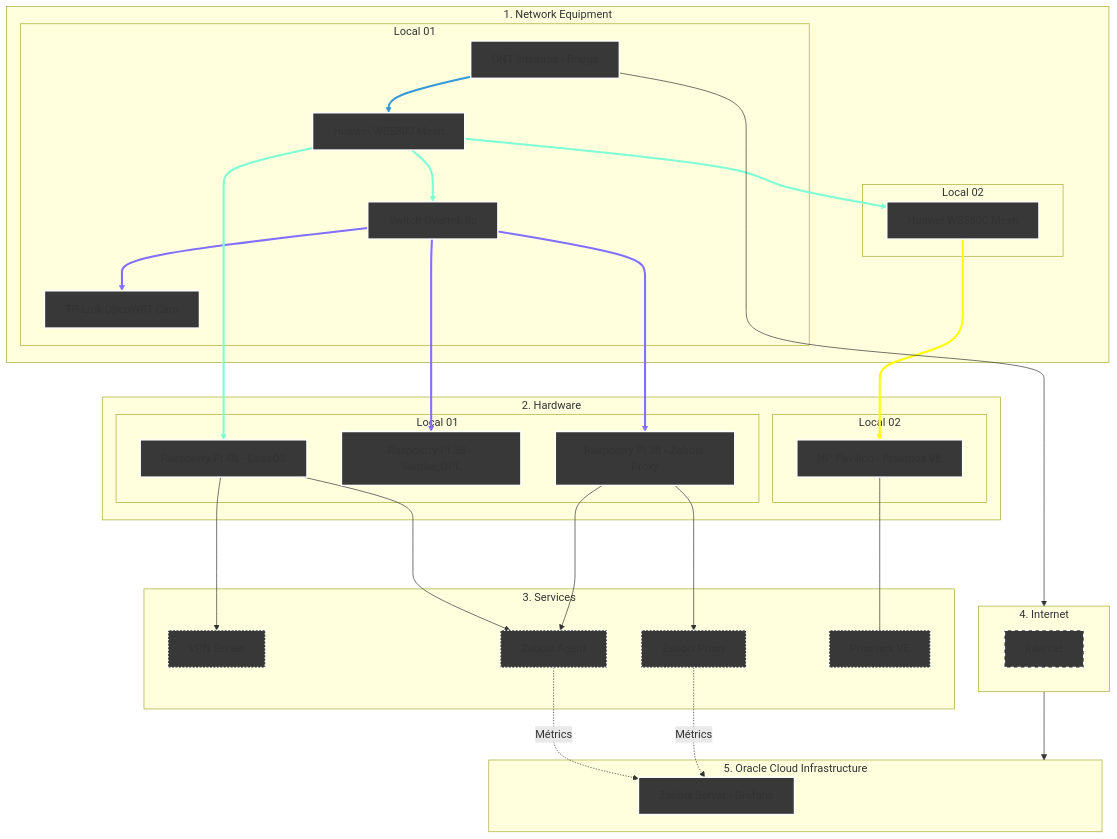
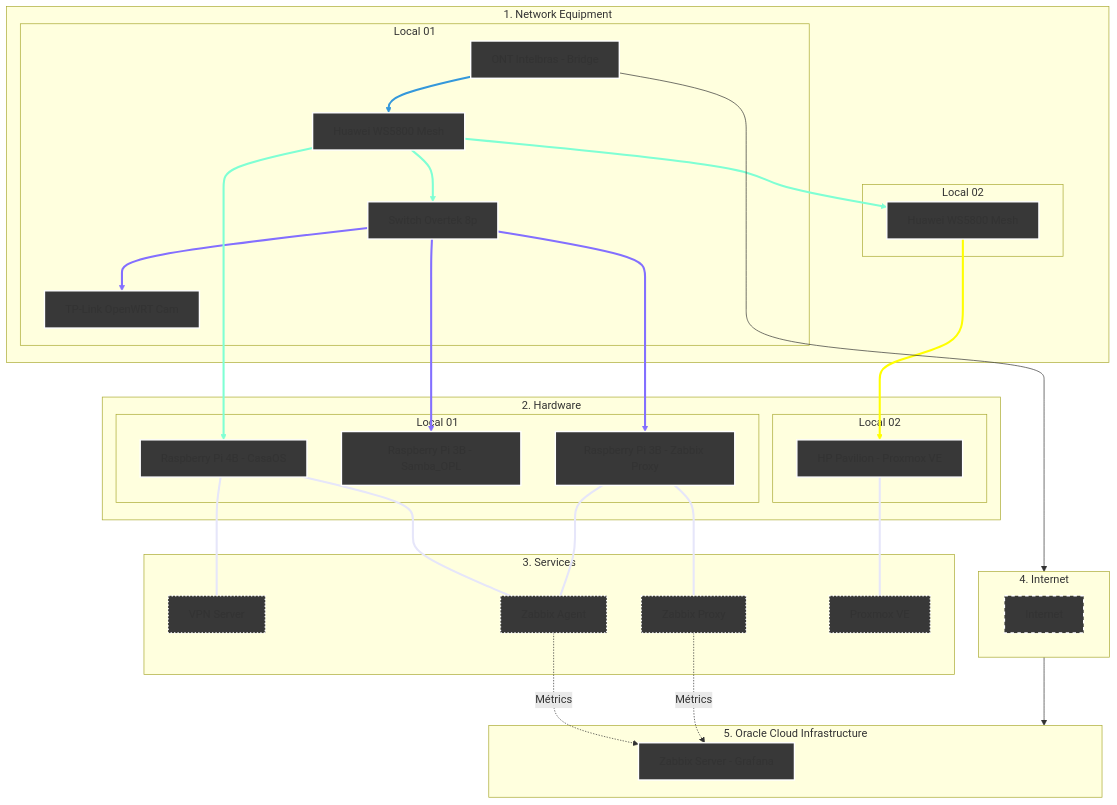
The diagram in Infraestructure/README.md (kevindexter22/Dr-Hardware-Autonet), drawn with Mermaid before and after one commit.

````diff
--- a/Infraestructure/README.md
+++ b/Infraestructure/README.md
@@ -13,68 +13,69 @@
 ```mermaid
 graph TD
     %% Styles
     classDef network fill:#383838,stroke:#FFFFFF,stroke-width:2px;
     classDef hardware fill:#383838,stroke:#FFFFFF,stroke-width:2px;
     classDef internet fill:#383838,stroke:#FFFFFF,stroke-width:2px,stroke-dasharray: 5 5;
     classDef services fill:#383838,stroke:#FFFFFF,stroke-width:2px, stroke-dasharray: 2 3;
     classDef oci fill:#383838,stroke:#FFFFFF,stroke-width:2px;
 
     %% 1. NETWORK EQUIPMENT
     subgraph Principal["1. Network Equipment"]
     subgraph S1 [Local 01]
         ONT[ONT Intelbras - Bridge]:::network --> R_Mesh1[Huawei WS5800 Mesh]:::network
         R_Mesh1 --> SW1[Switch Overtek 8p]:::network
         SW1 --> R_Cams[TP-Link OpenWRT Cam]:::network    
     end
     subgraph S2 [Local 02]
         R_Mesh1 --> R_Mesh2[Huawei WS5800 Mesh]:::network
     end
     end
     
     %% 2. HARDWARE
     subgraph Principal02["2. Hardware"]
     subgraph S3 [Local 01]
         R_Mesh1 ---> RPi4B[Raspberry Pi 4B - CasaOS]:::hardware
         SW1 ---> RPi3B_1[Raspberry Pi 3B - Samba_OPL]:::hardware
         SW1 ---> RPi3B_2[Raspberry Pi 3B - Zabbix Proxy]:::hardware
     end
     subgraph S4 [Local 02]
         R_Mesh2 ---> HP[HP Pavilion - Proxmox VE]:::hardware
     end
     end
 
     %% 3. SERVICES     
     subgraph S5 [3. Services];
-        RPi4B ---> VPN[VPN Server]:::services
-        RPi4B ---> ZA[Zabbix Agent]:::services
-        RPi3B_2 ---> ZA[Zabbix Agent]:::services
-        RPi3B_2 ---> ZP[Zabbix Proxy]:::services
+        RPi4B --- VPN[VPN Server]:::services
+        RPi4B --- ZA[Zabbix Agent]:::services
+        RPi3B_2 --- ZA[Zabbix Agent]:::services
+        RPi3B_2 --- ZP[Zabbix Proxy]:::services
         HP --- PVE[Proxmox VE]:::services        
     end
 
     %% 4. Internet (The Bridge)
     subgraph S6 [4. Internet]
            internet[Internet]:::internet
     end
 
     %% 5. Oracle Cloud Infrastructure
     subgraph S7 [5. Oracle Cloud Infrastructure]
         ZS[Zabbix Server - Grafana]:::oci
     end
 
     %% Conections of data flow
     ONT --> S6
     S6 --> S7
     
     %% Logical conections
     ZA -.-> |Métrics| ZS
     ZP -.-> |Métrics| ZS 
 
     %% --- Set collor on conections ---
     
     linkStyle 0 stroke:#3498db,stroke-width:3px;
     linkStyle 1,3,4 stroke:#7FFFD4,stroke-width:3px;
     linkStyle 2,5,6 stroke:#836FFF,stroke-width:3px;
     linkStyle 7 stroke:#FFFF00,stroke-width:3px;
+    linkStyle 8,9,10,11,12 stroke:#E6E6FA,stroke-width:3px;
 
 ```
````
